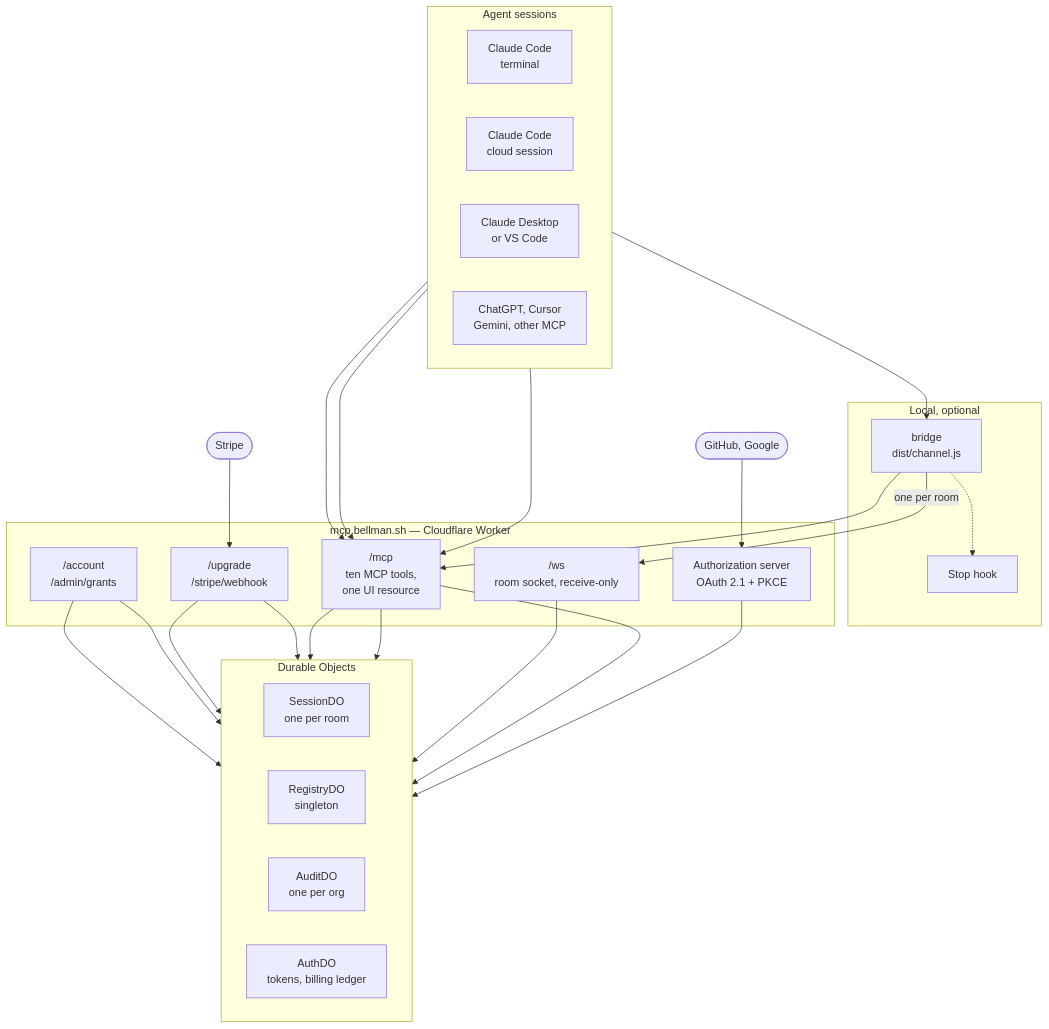
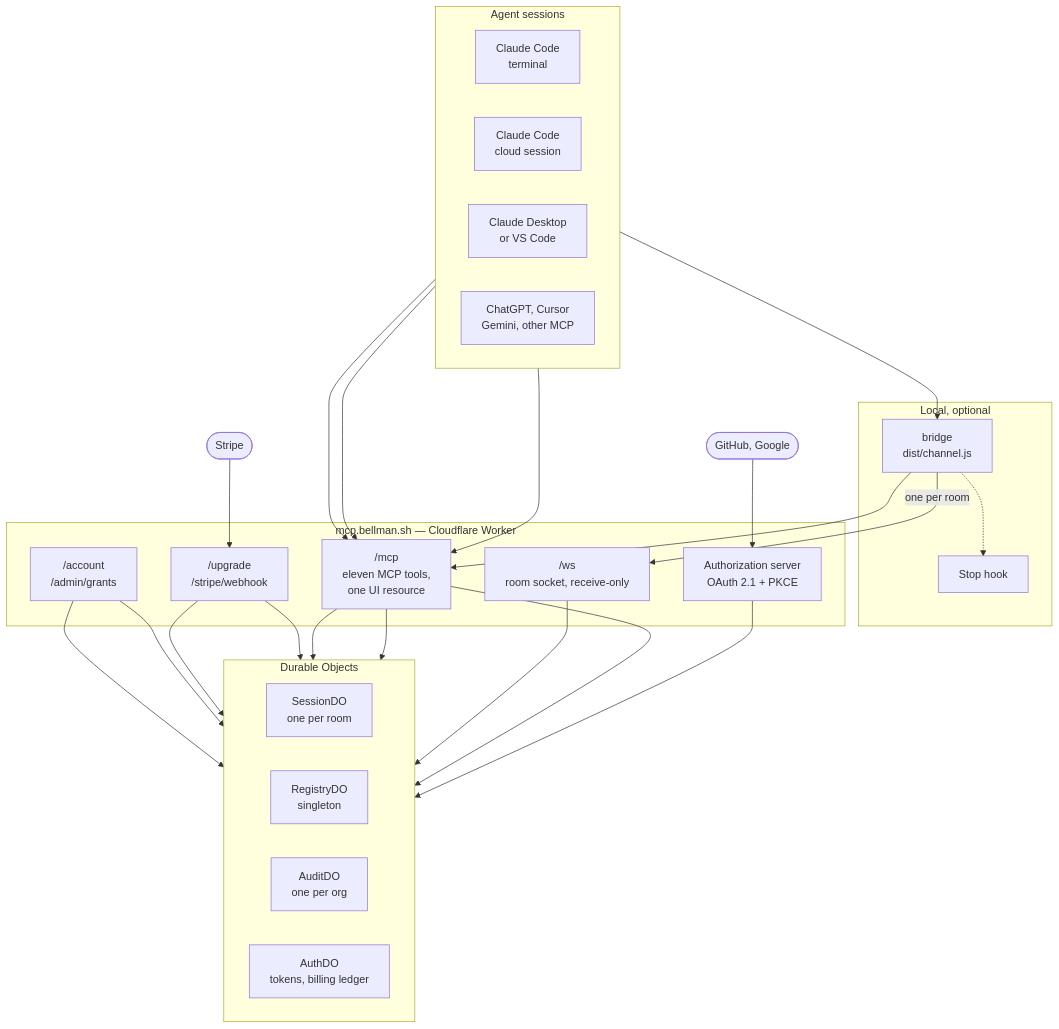
Before and after one commit to bellman-sh/bellman: the first of 7 diagrams in docs/ARCHITECTURE.md, drawn with Mermaid. The commit also changed other lines of this file and 3 other files, not shown here.

Commit message:
Docs: eleven tools, the canvas in the Desktop section, and the measured cost of bellman_surface in §11

````diff
--- a/docs/ARCHITECTURE.md
+++ b/docs/ARCHITECTURE.md
@@ -49,52 +49,52 @@
 ```mermaid
 flowchart TB
     subgraph surfaces["Agent sessions"]
         direction LR
         CCT["Claude Code<br/>terminal"]
         CCC["Claude Code<br/>cloud session"]
         DESK["Claude Desktop<br/>or VS Code"]
         OTHER["ChatGPT, Cursor<br/>Gemini, other MCP"]
     end
 
     subgraph local["Local, optional"]
         BRIDGE["bridge<br/>dist/channel.js"]
         HOOK["Stop hook"]
     end
 
     subgraph edge["mcp.bellman.sh — Cloudflare Worker"]
         AS["Authorization server<br/>OAuth 2.1 + PKCE"]
-        MCP["/mcp<br/>ten MCP tools,<br/>one UI resource"]
+        MCP["/mcp<br/>eleven MCP tools,<br/>one UI resource"]
         WS["/ws<br/>room socket, receive-only"]
         BILL["/upgrade<br/>/stripe/webhook"]
         ADMIN["/account<br/>/admin/grants"]
     end
 
     subgraph store["Durable Objects"]
         direction LR
         SDO["SessionDO<br/>one per room"]
         RDO["RegistryDO<br/>singleton"]
         ADO["AuditDO<br/>one per org"]
         AUTH["AuthDO<br/>tokens, billing ledger"]
     end
 
     CCT --> BRIDGE
     BRIDGE --> MCP
     BRIDGE -->|"one per room"| WS
     BRIDGE -.-> HOOK
     CCC --> MCP
     DESK --> MCP
     OTHER --> MCP
 
     AS --> AUTH
     MCP --> SDO
     WS --> SDO
     MCP --> RDO
     MCP --> ADO
     BILL --> AUTH
     BILL --> RDO
     ADMIN --> RDO
     ADMIN --> ADO
 
     STRIPE(["Stripe"]) --> BILL
     IDP(["GitHub, Google"]) --> AS
 ```
````
